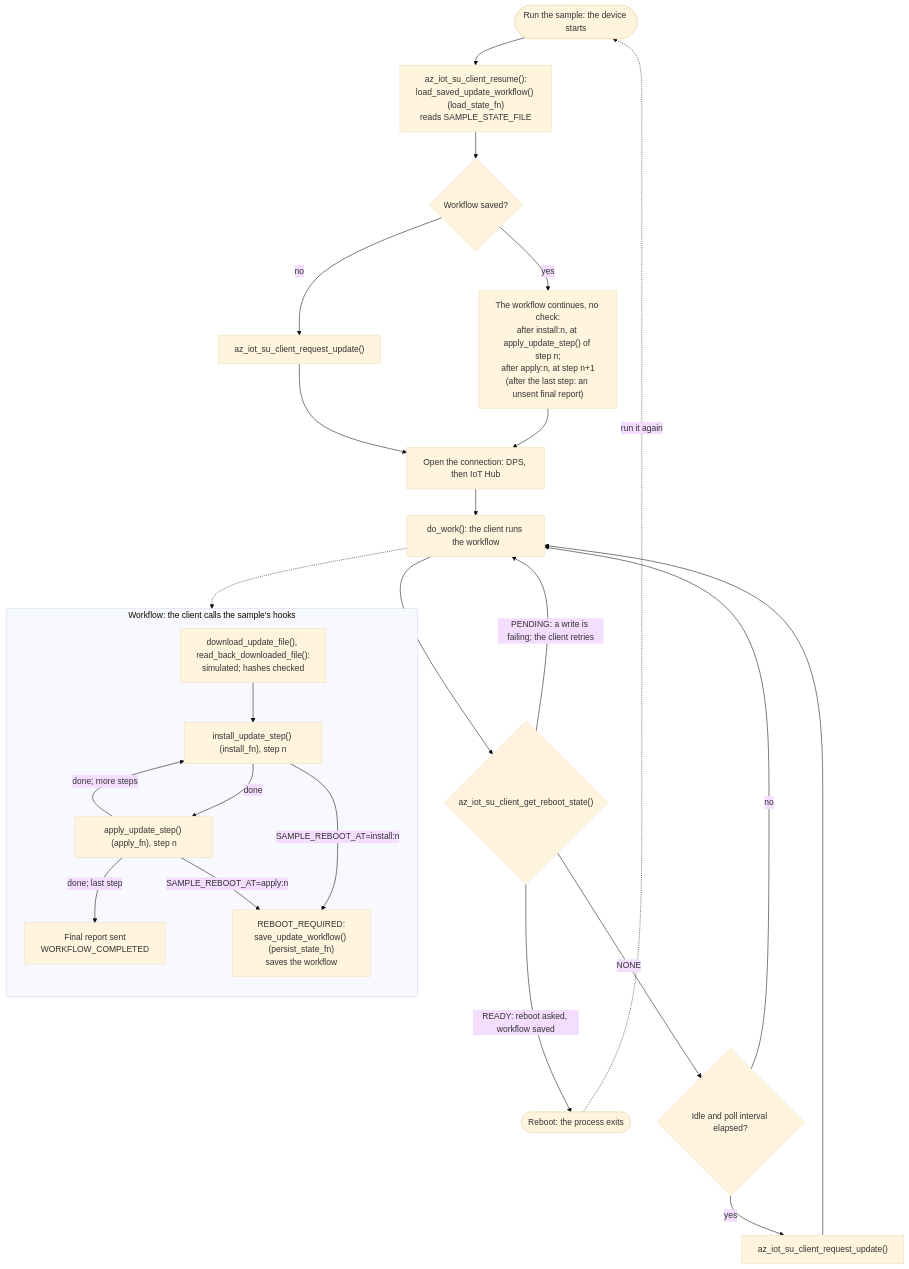
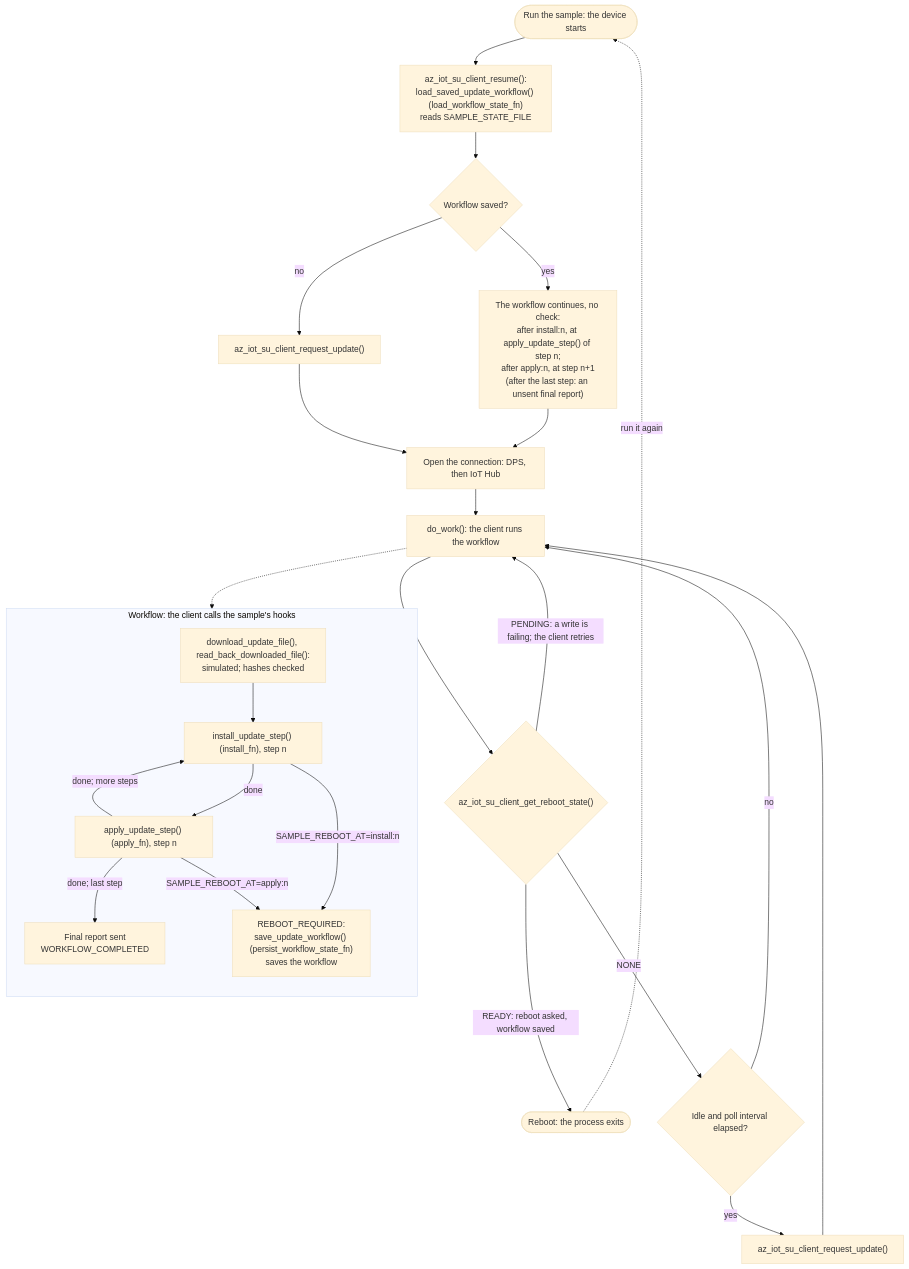
One commit to Azure/azure-iot-sdk changed the diagram in c/samples/software_update/pc/reboot_resume/README.md. Above: the diagram before and after it, drawn with Mermaid (base theme). The commit also changed other lines of this file and 1 other file, not shown here.

Commit message:
[C] SU reboot_resume sample: use the renamed workflow state hooks and simulation helpers

````diff
--- a/c/samples/software_update/pc/reboot_resume/README.md
+++ b/c/samples/software_update/pc/reboot_resume/README.md
@@ -16,29 +16,29 @@
 ```mermaid
 flowchart TD
-    start(["Run the sample: the device starts"]) --> resume["az_iot_su_client_resume():<br/>load_saved_update_workflow() (load_state_fn)<br/>reads SAMPLE_STATE_FILE"]
+    start(["Run the sample: the device starts"]) --> resume["az_iot_su_client_resume():<br/>load_saved_update_workflow() (load_workflow_state_fn)<br/>reads SAMPLE_STATE_FILE"]
     resume --> saved{"Workflow saved?"}
     saved -- "no" --> check["az_iot_su_client_request_update()"]
     saved -- "yes" --> cont["The workflow continues, no check:<br/>after install:n, at apply_update_step() of step n;<br/>after apply:n, at step n+1<br/>(after the last step: an unsent final report)"]
     check --> open["Open the connection: DPS, then IoT Hub"]
     cont --> open
     open --> work["do_work(): the client runs the workflow"]
 
     subgraph wf ["Workflow: the client calls the sample's hooks"]
         direction TB
         dl["download_update_file(), read_back_downloaded_file():<br/>simulated; hashes checked"] --> inst["install_update_step() (install_fn), step n"]
         inst -- "done" --> app["apply_update_step() (apply_fn), step n"]
         app -- "done; more steps" --> inst
         app -- "done; last step" --> fin["Final report sent<br/>WORKFLOW_COMPLETED"]
-        inst -- "SAMPLE_REBOOT_AT=install:n" --> rr["REBOOT_REQUIRED:<br/>save_update_workflow() (persist_state_fn)<br/>saves the workflow"]
+        inst -- "SAMPLE_REBOOT_AT=install:n" --> rr["REBOOT_REQUIRED:<br/>save_update_workflow() (persist_workflow_state_fn)<br/>saves the workflow"]
         app -- "SAMPLE_REBOOT_AT=apply:n" --> rr
     end
 
     work -.-> wf
     work --> rs{"az_iot_su_client_get_reboot_state()"}
     rs -- "READY: reboot asked, workflow saved" --> boot(["Reboot: the process exits"])
     boot -. "run it again" .-> start
     rs -- "PENDING: a write is failing; the client retries" --> work
     rs -- "NONE" --> poll{"Idle and poll interval elapsed?"}
     poll -- "yes" --> recheck["az_iot_su_client_request_update()"] --> work
     poll -- "no" --> work
 ```
````
